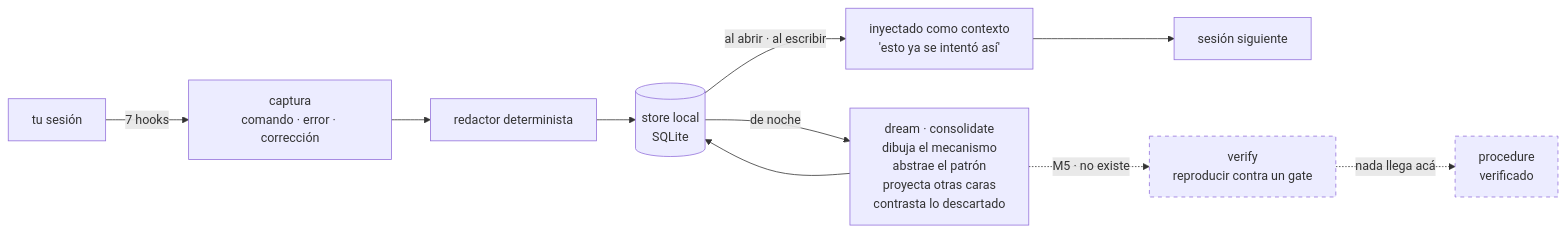
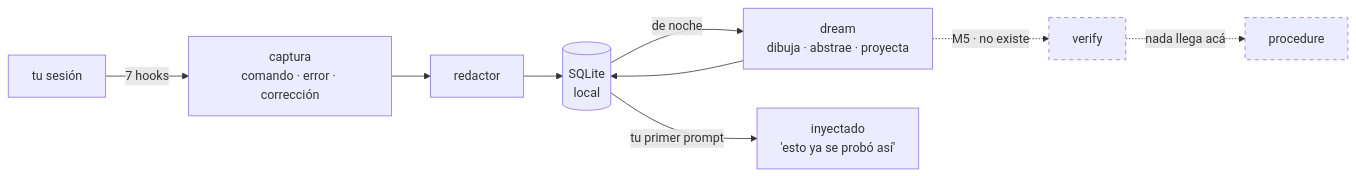
Before and after one commit to EvolvingAgentsLabs/nightshift: the diagram in README.es.md, drawn with Mermaid. The commit also changed other lines of this file and 2 other files, not shown here.

````diff
--- a/README.es.md
+++ b/README.es.md
@@ -28,15 +31,11 @@
 ```mermaid
 flowchart LR
   S["tu sesión"] -->|"7 hooks"| C["captura<br/>comando · error · corrección"]
-  C --> R["redactor determinista"]
-  R --> D[("store local<br/>SQLite")]
-  D -->|"de noche"| DR["dream · consolidate<br/>dibuja el mecanismo<br/>abstrae el patrón<br/>proyecta otras caras<br/>contrasta lo descartado"]
+  C --> R["redactor"] --> D[("SQLite<br/>local")]
+  D -->|"de noche"| DR["dream<br/>dibuja · abstrae · proyecta"]
   DR --> D
-  D -->|"al abrir · al escribir"| I["inyectado como contexto<br/>'esto ya se intentó así'"]
-  I --> N["sesión siguiente"]
-  DR -. "M5 · no existe" .-> V["verify<br/>reproducir contra un gate"]
-  V -. "nada llega acá" .-> P["procedure<br/>verificado"]
-
+  D -->|"tu primer prompt"| I["inyectado<br/>'esto ya se probó así'"]
+  DR -. "M5 · no existe" .-> V["verify"] -. "nada llega acá" .-> P["procedure"]
   style V stroke-dasharray: 5 5
   style P stroke-dasharray: 5 5
 ```
````
